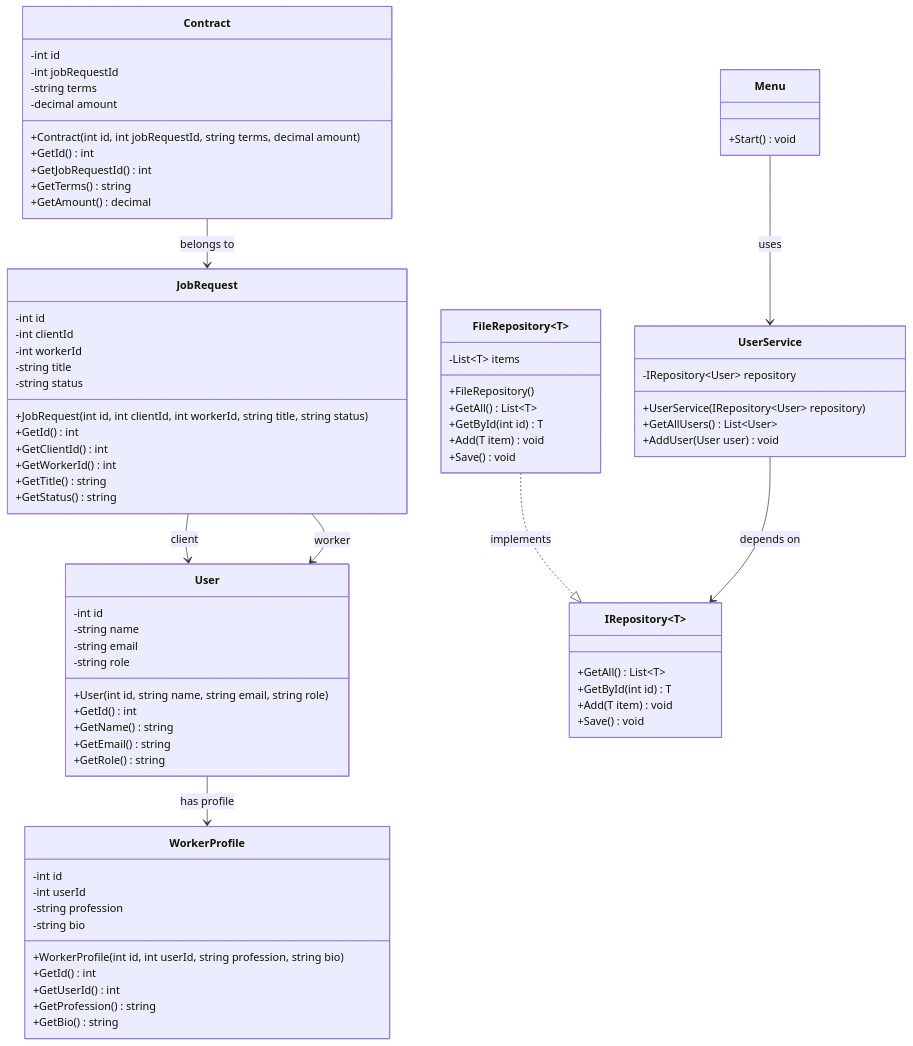
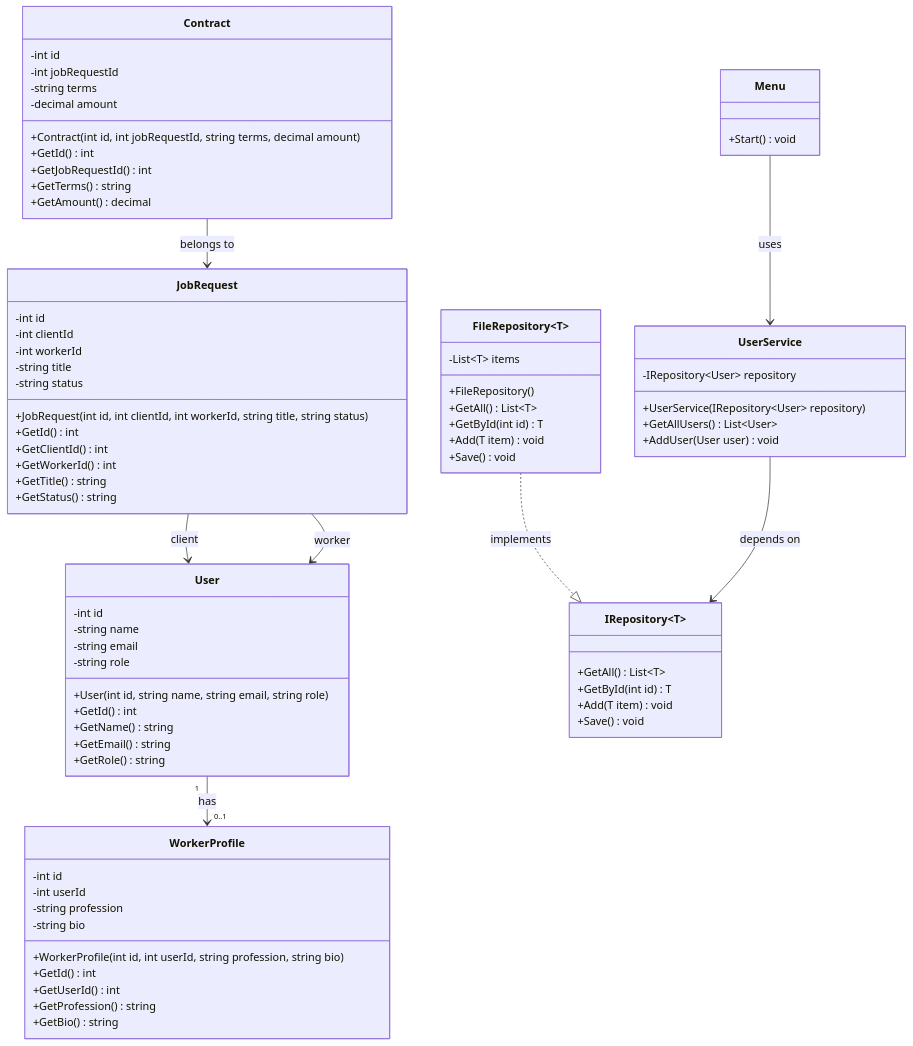
One commit to Amruke1/Punaflow changed the diagram in docs/class-diagram.md. Above: the diagram before and after it, drawn with Mermaid. The commit also changed other lines of this file and 1 other file, not shown here.

```diff
--- a/docs/class-diagram.md
+++ b/docs/class-diagram.md
@@ -182,7 +190,7 @@
   +Start() void
 }
 
-User --> WorkerProfile : has profile
+User "1" --> "0..1" WorkerProfile : has
 JobRequest --> User : client
 JobRequest --> User : worker
 Contract --> JobRequest : belongs to
```
